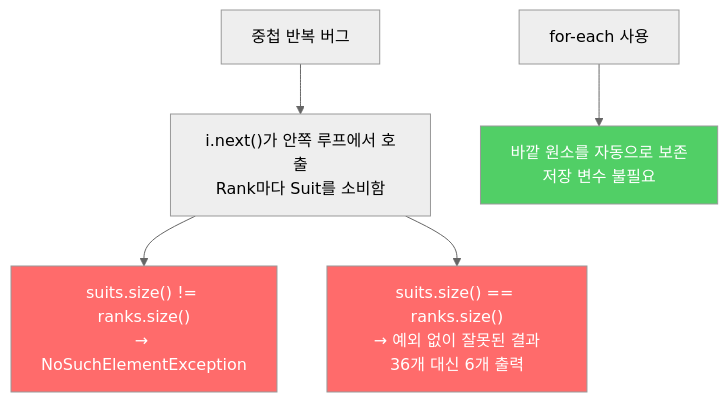
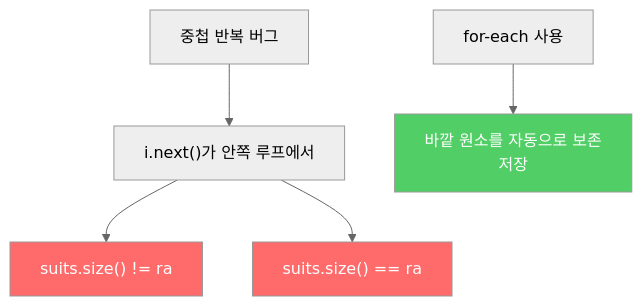
The diagram in _posts/java/2022-02-12-effective-java58.md (yjkim2015/yjkim2015.github.io), drawn with Mermaid (neutral theme) before and after one commit. The commit also changed 271 other files, not shown here.

First line of the commit message:
Mermaid 라벨 축소: 긴 노드 텍스트 18자 이하로 트림 + \n 제거

````diff
--- a/_posts/java/2022-02-12-effective-java58.md
+++ b/_posts/java/2022-02-12-effective-java58.md
@@ -82,10 +82,10 @@
 ```mermaid
 graph TD
-    A["중첩 반복 버그"] --> B["i.next()가 안쪽 루프에서 호출\nRank마다 Suit를 소비함"]
-    B --> C["suits.size() != ranks.size()\n→ NoSuchElementException"]
-    B --> D["suits.size() == ranks.size()\n→ 예외 없이 잘못된 결과\n36개 대신 6개 출력"]
-    E["for-each 사용"] --> F["바깥 원소를 자동으로 보존\n저장 변수 불필요"]
+    A["중첩 반복 버그"] --> B["i.next()가 안쪽 루프에서"]
+    B --> C["suits.size() != ra"]
+    B --> D["suits.size() == ra"]
+    E["for-each 사용"] --> F["바깥 원소를 자동으로 보존\n저장"]
     style C fill:#ff6b6b,color:#fff
     style D fill:#ff6b6b,color:#fff
     style F fill:#51cf66,color:#fff
 ```
````
